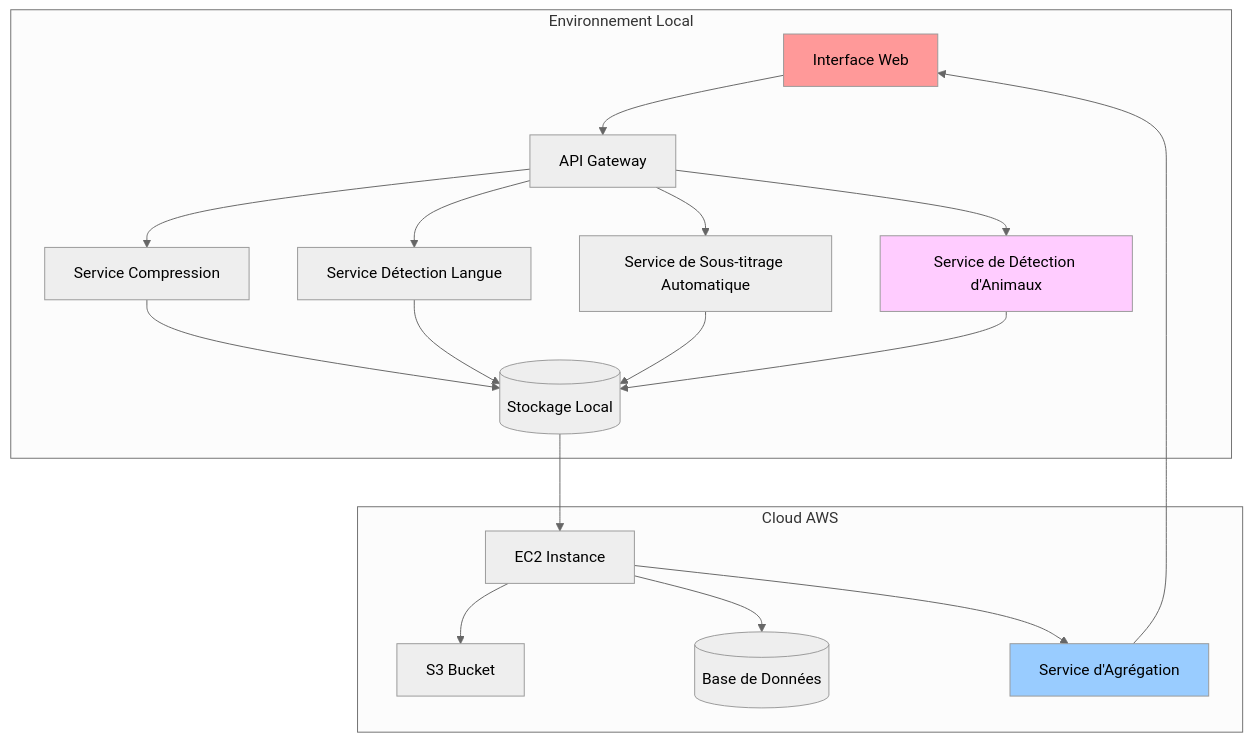
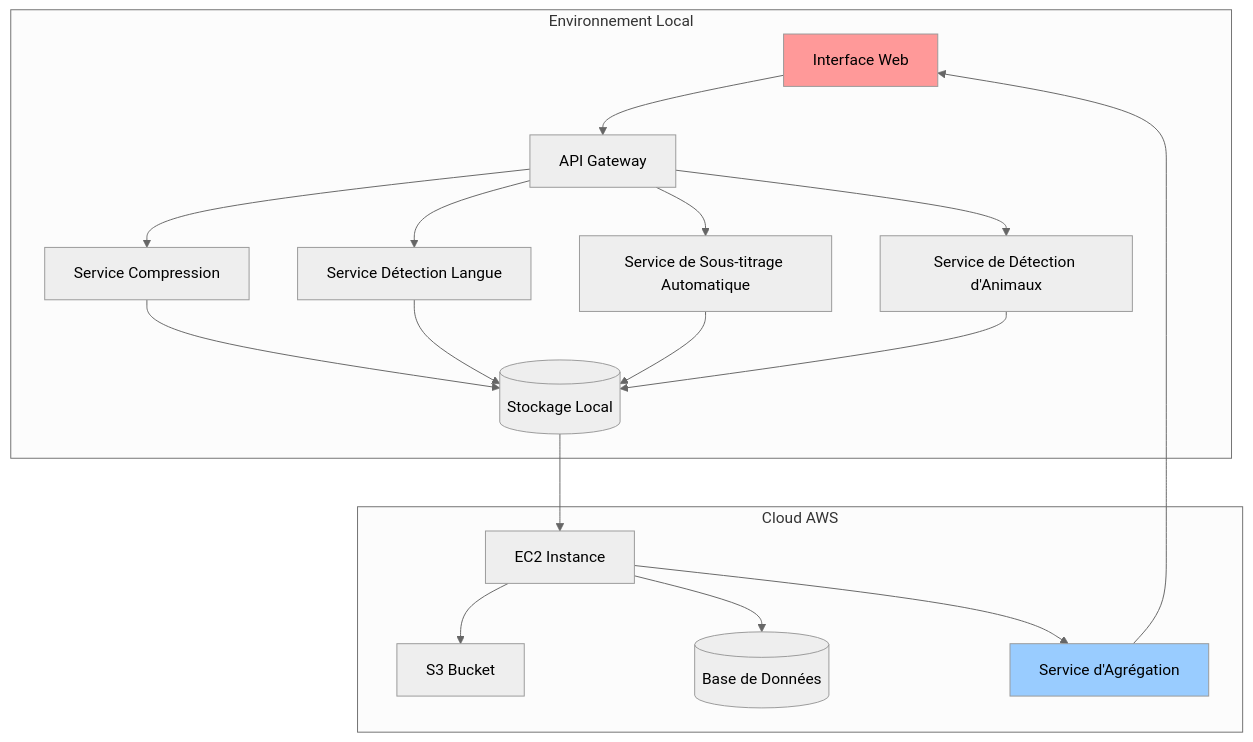
The diagram in Video Processing Pipeline/README.md (fabrice002/Cloud-Computing-Hybrid-Video-Processing), drawn with Mermaid (neutral theme) before and after one commit.

Commit message:
readme_animaux

````diff
--- a/Video Processing Pipeline/README.md
+++ b/Video Processing Pipeline/README.md
@@ -61,27 +61,26 @@
 ```mermaid
 graph TB
     subgraph "Environnement Local"
         A[Interface Web] --> B[API Gateway]
         B --> C[Service Compression]
         B --> D[Service Détection Langue]
         B --> E[Service de Sous-titrage Automatique]
         B --> F[Service de Détection d'Animaux]
         C --> G[(Stockage Local)]
         D --> G
         E --> G
         F --> G
     end
     
     subgraph "Cloud AWS"
         H[EC2 Instance] --> I[S3 Bucket]
         H --> J[(Base de Données)]
         H --> K[Service d'Agrégation] 
     end
     
     G --> H
     K --> A
     
     style A fill:#ff9999
     style K fill:#99ccff
-    style F fill:#ffccff
 ```
````
